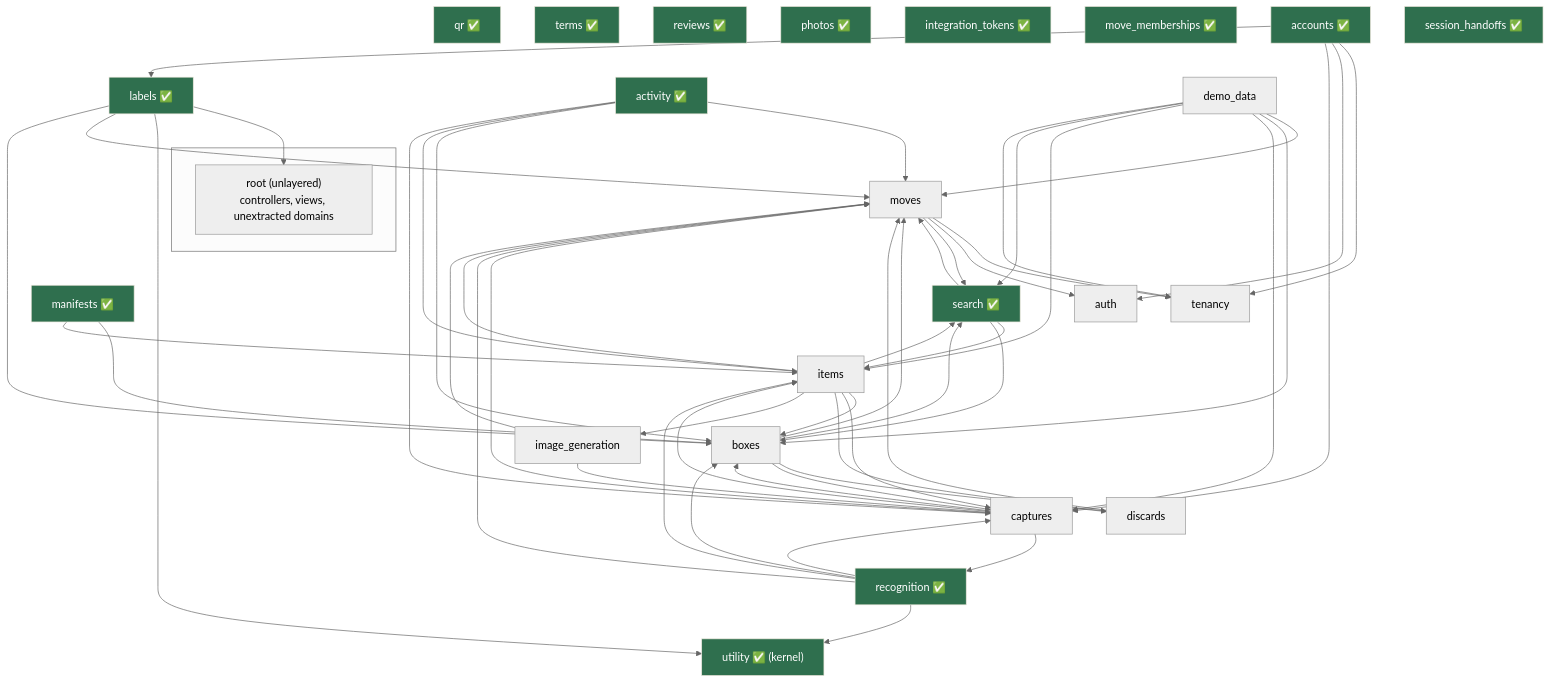
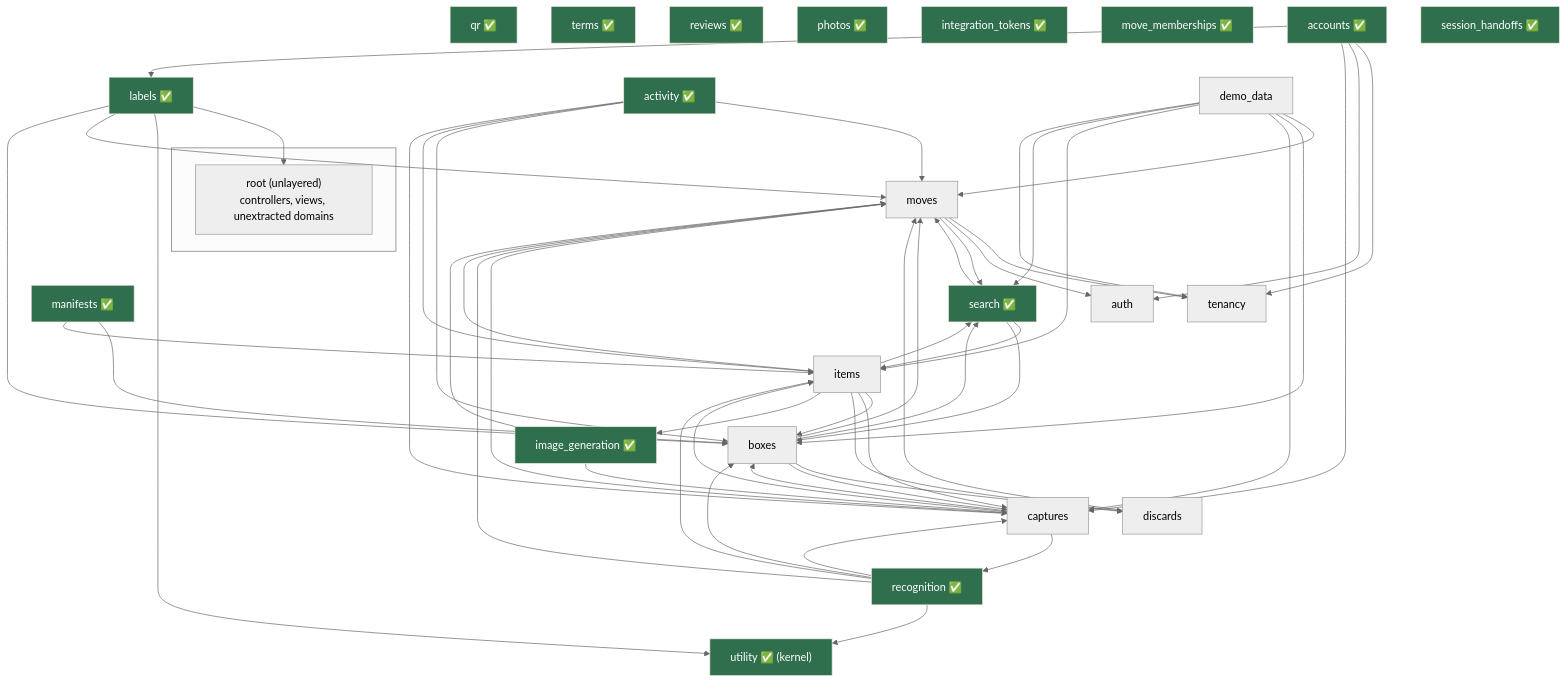
The diagram in doc/project/packwerk-boundaries.md (joel/move), drawn with Mermaid (neutral theme) before and after one commit. The commit also changed 7 other files, not shown here.

Commit message:
docs(packwerk): mark image_generation extracted (+ regen diagrams)

````diff
--- a/doc/project/packwerk-boundaries.md
+++ b/doc/project/packwerk-boundaries.md
@@ -154,48 +154,48 @@
 ```mermaid
 graph TD
     subgraph application [" "]
       root["root (unlayered)<br/>controllers, views, unextracted domains"]
     end
 
     labels["labels ✅"]
     utility["utility ✅ (kernel)"]
     boxes["boxes"]
     items["items"]
     moves["moves"]
     captures["captures"]
     recognition["recognition ✅"]
     search["search ✅"]
-    image_gen["image_generation"]
+    image_gen["image_generation ✅"]
     activity["activity ✅"]
     qr["qr ✅"]
     terms["terms ✅"]
     reviews["reviews ✅"]
     photos["photos ✅"]
     integration_tokens["integration_tokens ✅"]
     move_memberships["move_memberships ✅"]
     manifests["manifests ✅"]
     discards["discards"]
     accounts["accounts ✅"]
     demo["demo_data"]
     tenancy["tenancy"]
     session_handoffs["session_handoffs ✅"]
     auth["auth"]
 
     labels --> root & utility
     boxes --> moves & discards & search & captures
     items --> boxes & moves & captures & discards & image_gen & search
     captures --> moves & boxes & items & recognition
     recognition --> moves & boxes & items & captures & utility
     search --> moves & items & boxes
     moves --> tenancy & auth & search
     image_gen --> moves & captures
     activity --> moves & boxes & items & captures
     manifests --> boxes & items
     labels --> moves & boxes
     accounts --> tenancy & auth & captures & labels
     demo --> moves & boxes & captures & items & search & tenancy
     discards --> moves
 
     classDef done fill:#2f6f4e,stroke:#ECE7DC,color:#fff;
-    class labels,utility,manifests,search,recognition,activity,qr,terms,reviews,photos,integration_tokens,move_memberships,session_handoffs,accounts,vocabularies done;
+    class labels,utility,manifests,search,recognition,activity,qr,terms,reviews,photos,integration_tokens,move_memberships,session_handoffs,accounts,vocabularies,image_gen done;
 ```
````
